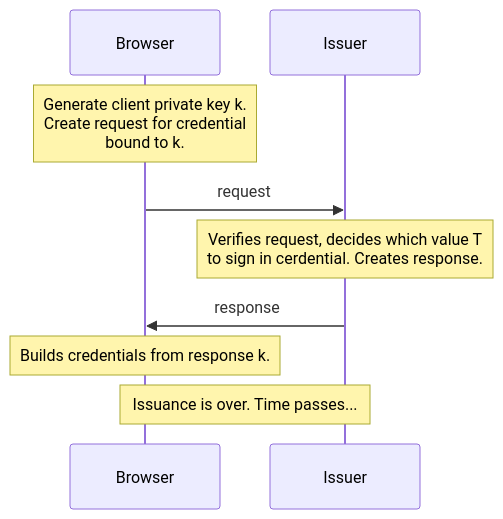
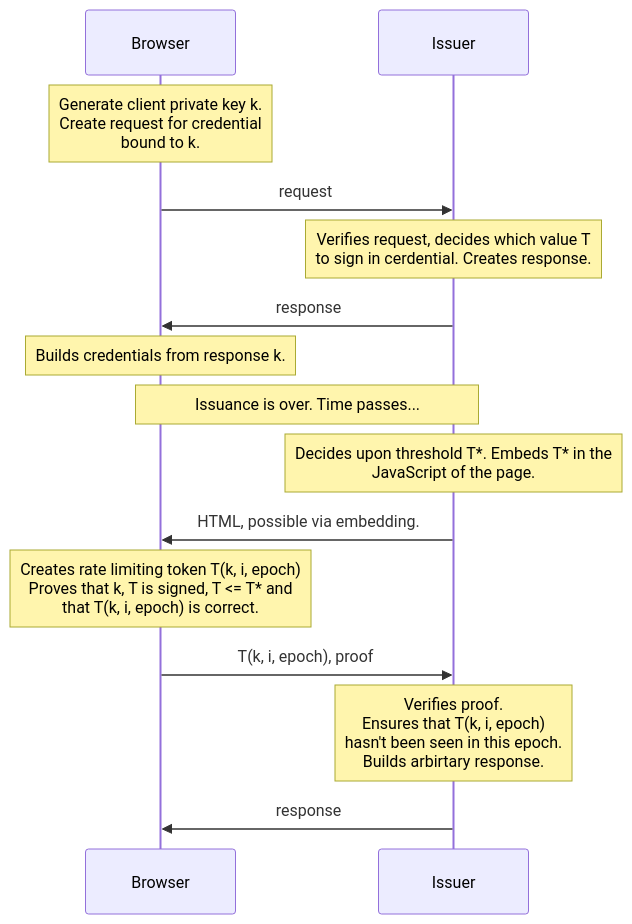
Before and after one commit to explainers-by-googlers/private-proof: the diagram in README.md, drawn with Mermaid. The commit also changed other lines of this file, not shown here.

````diff
--- a/README.md
+++ b/README.md
@@ -65,11 +63,17 @@
 ```mermaid
 sequenceDiagram
     participant Browser
     participant Issuer
     note over Browser: Generate client private key k.<br/>Create request for credential<br/>bound to k.
     Browser->>Issuer: request
     note over Issuer: Verifies request, decides which value T<br/>to sign in cerdential. Creates response. 
     Issuer->>Browser: response
     note over Browser: Builds credentials from response k.
     Note over Browser,Issuer: Issuance is over. Time passes...
+    note over Issuer: Decides upon threshold T*. Embeds T* in the<br/>JavaScript of the page.
+    Issuer->>Browser: HTML, possible via embedding.
+    note over Browser: Creates rate limiting token T(k, i, epoch)<br/>Proves that k, T is signed, T <= T* and<br/>that T(k, i, epoch) is correct.
+    Browser->>Issuer: T(k, i, epoch), proof
+    note over Issuer: Verifies proof.<br/>Ensures that T(k, i, epoch)<br/>hasn't been seen in this epoch.<br/>Builds arbirtary response.
+    Issuer->>Browser: response
 ```
````
